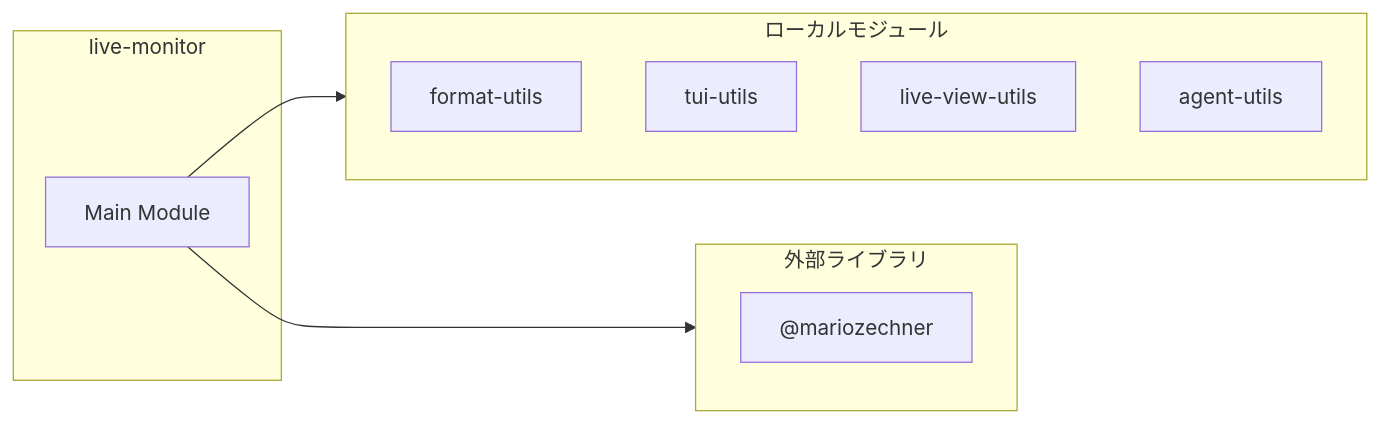
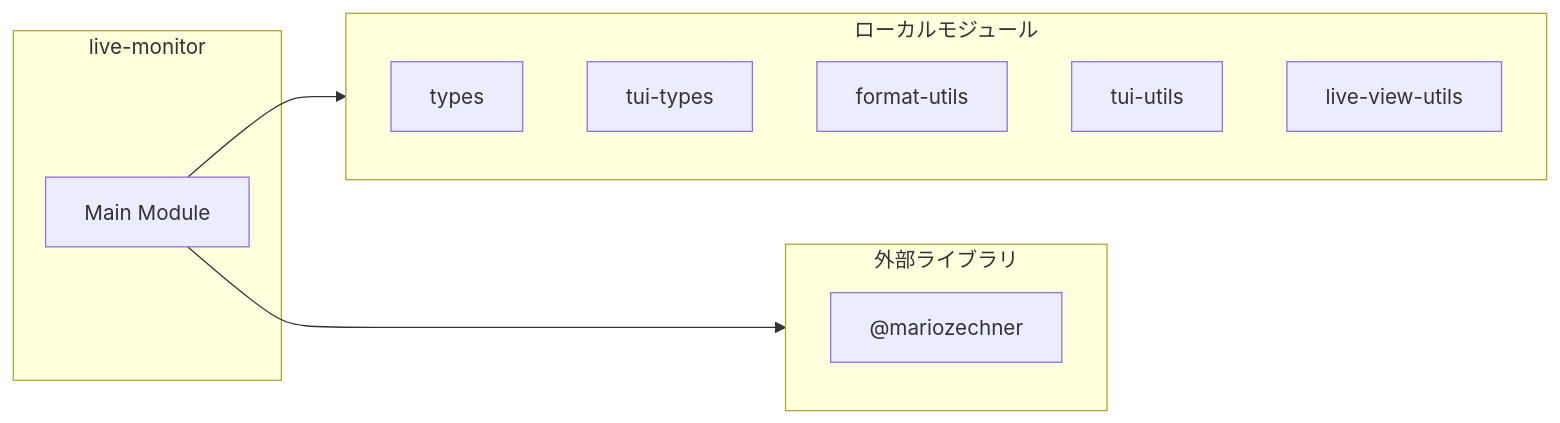
The second of 4 diagrams in ABDD/.pi/extensions/subagents/live-monitor.md (Mekann2904/mekann), drawn with Mermaid before and after one commit. The commit also changed other lines of this file and 189 other files, not shown here.

````diff
--- a/ABDD/.pi/extensions/subagents/live-monitor.md
+++ b/ABDD/.pi/extensions/subagents/live-monitor.md
@@ -51,18 +51,18 @@
 ```mermaid
 flowchart LR
   subgraph this[live-monitor]
     main[Main Module]
   end
   subgraph local[ローカルモジュール]
+    types["types"]
+    tui_types["tui-types"]
     format_utils["format-utils"]
     tui_utils["tui-utils"]
-    live_view_utils["live-view-utils"]
-    agent_utils["agent-utils"]
     live_view_utils["live-view-utils"]
   end
   main --> local
   subgraph external[外部ライブラリ]
     _mariozechner["@mariozechner"]
   end
   main --> external
 ```
````
